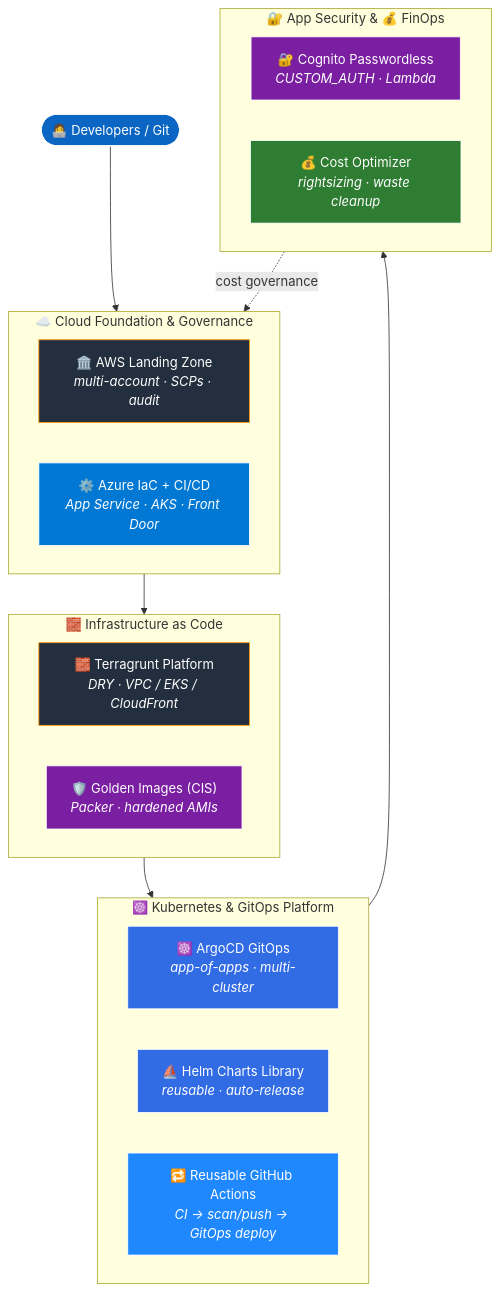
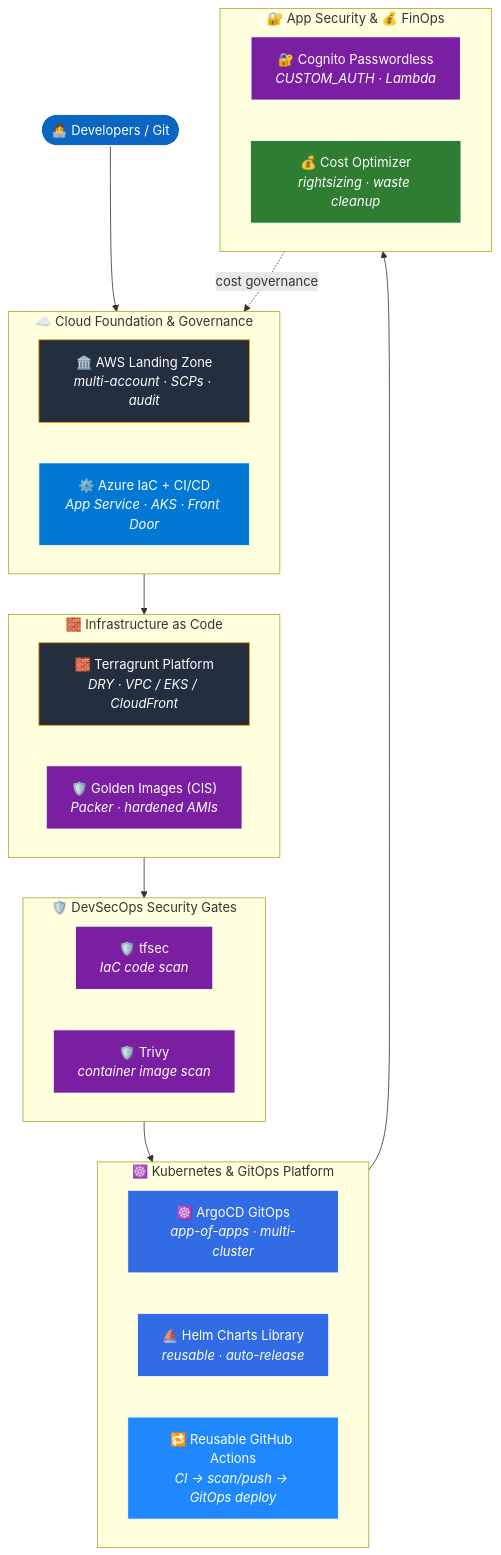
One commit to Muhammad-Imad/Muhammad-Imad changed the diagram in README.md. Above: the diagram before and after it, drawn with Mermaid.

Commit message:
Add DevSecOps security gates (tfsec + Trivy) to Platform Architecture diagram

````diff
--- a/README.md
+++ b/README.md
@@ -70,53 +70,60 @@
 ```mermaid
 flowchart TB
     DEV(["👩‍💻 Developers / Git"]):::entry
 
     subgraph GOV["☁️ Cloud Foundation & Governance"]
         direction LR
         LZ["🏛️ AWS Landing Zone<br/><i>multi-account · SCPs · audit</i>"]:::aws
         AZ["⚙️ Azure IaC + CI/CD<br/><i>App Service · AKS · Front Door</i>"]:::azure
     end
 
     subgraph IAC["🧱 Infrastructure as Code"]
         direction LR
         TG["🧱 Terragrunt Platform<br/><i>DRY · VPC / EKS / CloudFront</i>"]:::aws
         PK["🛡️ Golden Images (CIS)<br/><i>Packer · hardened AMIs</i>"]:::sec
+    end
+
+    subgraph DSO["🛡️ DevSecOps Security Gates"]
+        direction LR
+        TFSEC["🛡️ tfsec<br/><i>IaC code scan</i>"]:::sec
+        TRIVY["🛡️ Trivy<br/><i>container image scan</i>"]:::sec
     end
 
     subgraph PLAT["☸️ Kubernetes & GitOps Platform"]
         direction LR
         AR["☸️ ArgoCD GitOps<br/><i>app-of-apps · multi-cluster</i>"]:::k8s
         HC["⛵ Helm Charts Library<br/><i>reusable · auto-release</i>"]:::k8s
         GHA["🔁 Reusable GitHub Actions<br/><i>CI → scan/push → GitOps deploy</i>"]:::cicd
     end
 
     subgraph APPSEC["🔐 App Security & 💰 FinOps"]
         direction LR
         CG["🔐 Cognito Passwordless<br/><i>CUSTOM_AUTH · Lambda</i>"]:::sec
         CO["💰 Cost Optimizer<br/><i>rightsizing · waste cleanup</i>"]:::fin
     end
 
     DEV --> GOV
     GOV --> IAC
-    IAC --> PLAT
+    IAC --> DSO
+    DSO --> PLAT
     PLAT --> APPSEC
     CO -. "cost governance" .-> GOV
 
     click LZ href "https://github.com/Muhammad-Imad/terraform-aws-landing-zone" _blank
     click AZ href "https://github.com/Muhammad-Imad/azure-devops-iac-pipelines" _blank
     click TG href "https://github.com/Muhammad-Imad/terragrunt-aws-platform" _blank
     click PK href "https://github.com/Muhammad-Imad/packer-golden-images-cis" _blank
     click AR href "https://github.com/Muhammad-Imad/argocd-gitops-platform" _blank
     click HC href "https://github.com/Muhammad-Imad/helm-charts-library" _blank
     click CG href "https://github.com/Muhammad-Imad/terraform-aws-cognito-passwordless" _blank
     click CO href "https://github.com/Muhammad-Imad/aws-cost-optimizer" _blank
     click GHA href "https://github.com/Muhammad-Imad/reusable-github-actions" _blank
 
     classDef entry fill:#0A66C2,stroke:#fff,stroke-width:1px,color:#fff;
     classDef aws fill:#232F3E,stroke:#FF9900,stroke-width:1px,color:#fff;
     classDef azure fill:#0078D4,stroke:#fff,stroke-width:1px,color:#fff;
     classDef k8s fill:#326CE5,stroke:#fff,stroke-width:1px,color:#fff;
     classDef sec fill:#7B1FA2,stroke:#fff,stroke-width:1px,color:#fff;
     classDef fin fill:#2E7D32,stroke:#fff,stroke-width:1px,color:#fff;
     classDef cicd fill:#2088FF,stroke:#fff,stroke-width:1px,color:#fff;
 ```
````
